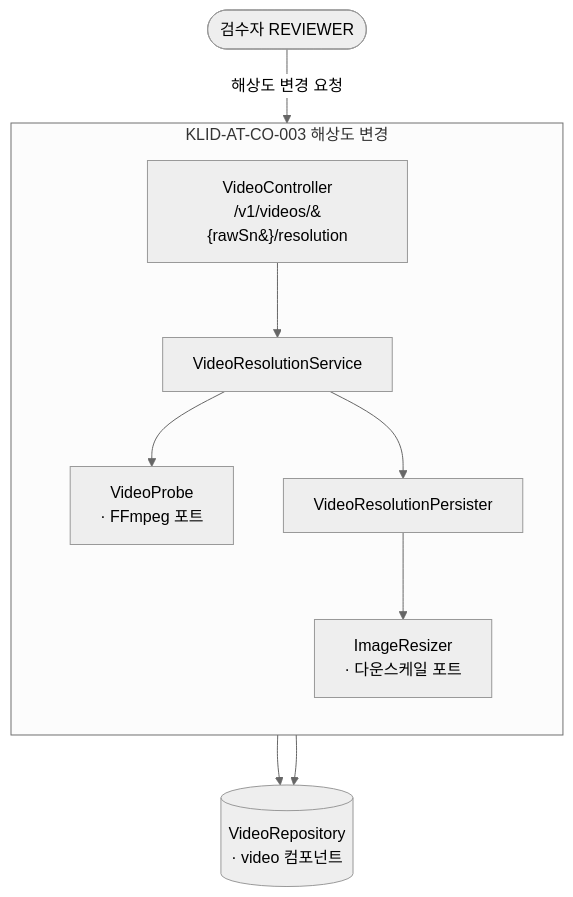
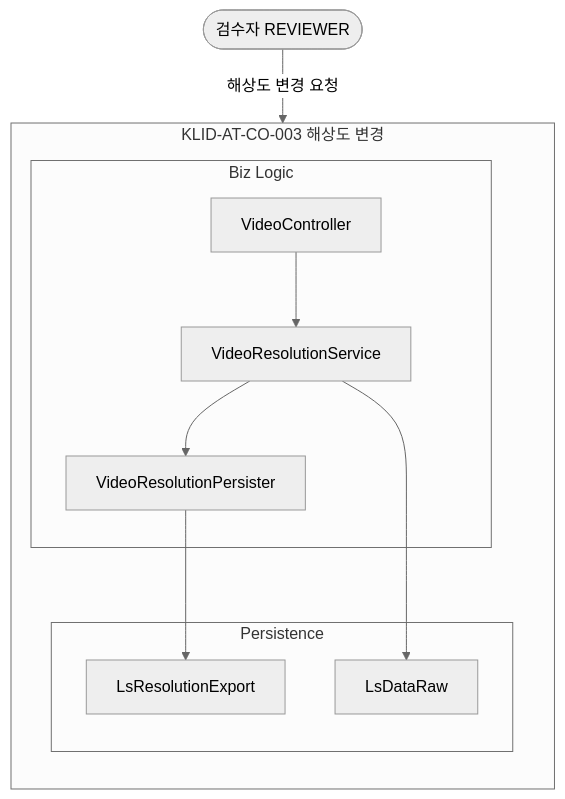
Before and after one commit to New-stella/klid-label: the third of 13 diagrams in docs/design/D3-컴포넌트설계서.md, drawn with Mermaid (neutral theme). The commit also changed other lines of this file and 32 other files, not shown here.

````diff
--- a/docs/design/D3-컴포넌트설계서.md
+++ b/docs/design/D3-컴포넌트설계서.md
@@ -84,20 +100,21 @@
 ```mermaid
 flowchart TD
     REVIEWER([검수자 REVIEWER])
     subgraph CO003[KLID-AT-CO-003 해상도 변경]
         direction TB
-        VC[VideoController<br/>/v1/videos/&#123;rawSn&#125;/resolution]
-        VRS[VideoResolutionService]
-        VRP[VideoResolutionPersister]
-        VP[VideoProbe<br/>· FFmpeg 포트]
-        IR[ImageResizer<br/>· 다운스케일 포트]
+        subgraph BIZ3[Biz Logic]
+            VC[VideoController]
+            VRS[VideoResolutionService]
+            VRP[VideoResolutionPersister]
+        end
+        subgraph PER3[Persistence]
+            LRE[LsResolutionExport]
+            LDR[LsDataRaw]
+        end
         VC --> VRS
-        VRS --> VP
         VRS --> VRP
-        VRP --> IR
+        VRP --> LRE
+        VRS --> LDR
     end
-    VR[(VideoRepository<br/>· video 컴포넌트)]
     REVIEWER -->|해상도 변경 요청| VC
-    VRS --> VR
-    VRP --> VR
 ```
````
